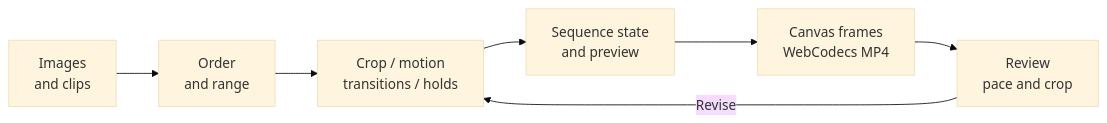
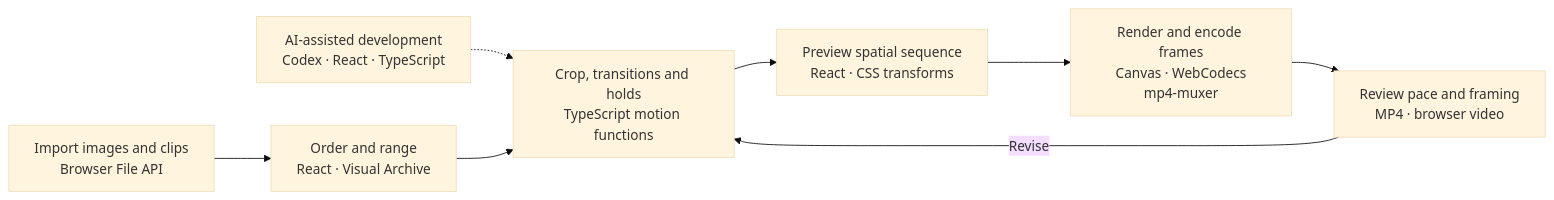
One commit to MuwenTriLi/creative-workflows changed the diagram in projects/05-spatial-media-presenter/README.md. Above: the diagram before and after it, drawn with Mermaid (base theme). The commit also changed other lines of this file and 19 other files, not shown here.

````diff
--- a/projects/05-spatial-media-presenter/README.md
+++ b/projects/05-spatial-media-presenter/README.md
@@ -49,9 +47,10 @@
 ```mermaid
 flowchart LR
-    A["Images<br/>and clips"] --> B["Order<br/>and range"]
-    B --> C["Crop / motion<br/>transitions / holds"]
-    C --> D["Sequence state<br/>and preview"]
-    D --> E["Canvas frames<br/>WebCodecs MP4"]
-    E --> F["Review<br/>pace and crop"]
+    DEV["AI-assisted development<br/>Codex · React · TypeScript"] -.-> C
+    A["Import images and clips<br/>Browser File API"] --> B["Order and range<br/>React · Visual Archive"]
+    B --> C["Crop, transitions and holds<br/>TypeScript motion functions"]
+    C --> D["Preview spatial sequence<br/>React · CSS transforms"]
+    D --> E["Render and encode frames<br/>Canvas · WebCodecs<br/>mp4-muxer"]
+    E --> F["Review pace and framing<br/>MP4 · browser video"]
     F -->|Revise| C
 ```
````
